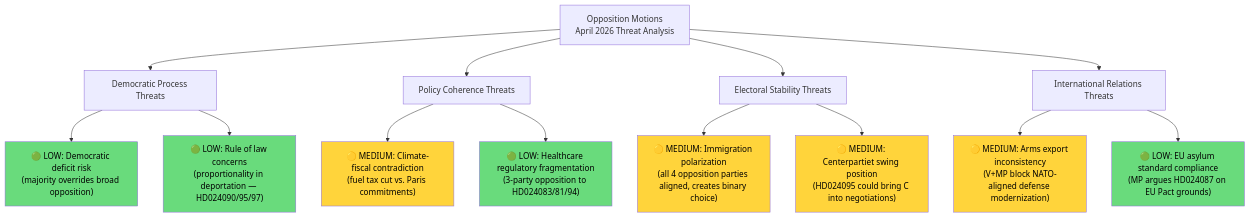
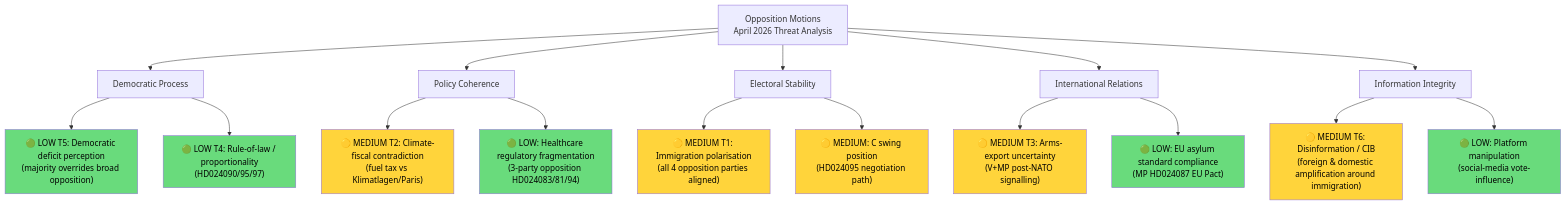
The first of 2 diagrams in analysis/daily/2026-04-20/motions/threat-analysis.md (Hack23/riksdagsmonitor), drawn with Mermaid before and after one commit. The commit also changed other lines of this file and 8 other files, not shown here.

````diff
--- a/analysis/daily/2026-04-20/motions/threat-analysis.md
+++ b/analysis/daily/2026-04-20/motions/threat-analysis.md
@@ -21,28 +32,34 @@
 ```mermaid
 graph TD
-    A[Opposition Motions<br/>April 2026 Threat Analysis] --> B[Democratic Process Threats]
-    A --> C[Policy Coherence Threats]
-    A --> D[Electoral Stability Threats]
-    A --> E[International Relations Threats]
+    A[Opposition Motions<br/>April 2026 Threat Analysis] --> B[Democratic Process]
+    A --> C[Policy Coherence]
+    A --> D[Electoral Stability]
+    A --> E[International Relations]
+    A --> F[Information Integrity]
 
-    B --> B1["🟢 LOW: Democratic deficit risk<br/>(majority overrides broad opposition)"]
-    B --> B2["🟢 LOW: Rule of law concerns<br/>(proportionality in deportation — HD024090/95/97)"]
+    B --> B1["🟢 LOW T5: Democratic deficit perception<br/>(majority overrides broad opposition)"]
+    B --> B2["🟢 LOW T4: Rule-of-law / proportionality<br/>(HD024090/95/97)"]
 
-    C --> C1["🟡 MEDIUM: Climate-fiscal contradiction<br/>(fuel tax cut vs. Paris commitments)"]
-    C --> C2["🟢 LOW: Healthcare regulatory fragmentation<br/>(3-party opposition to HD024083/81/94)"]
+    C --> C1["🟡 MEDIUM T2: Climate-fiscal contradiction<br/>(fuel tax vs Klimatlagen/Paris)"]
+    C --> C2["🟢 LOW: Healthcare regulatory fragmentation<br/>(3-party opposition HD024083/81/94)"]
 
-    D --> D1["🟡 MEDIUM: Immigration polarization<br/>(all 4 opposition parties aligned, creates binary choice)"]
-    D --> D2["🟡 MEDIUM: Centerpartiet swing position<br/>(HD024095 could bring C into negotiations)"]
+    D --> D1["🟡 MEDIUM T1: Immigration polarisation<br/>(all 4 opposition parties aligned)"]
+    D --> D2["🟡 MEDIUM: C swing position<br/>(HD024095 negotiation path)"]
 
-    E --> E1["🟡 MEDIUM: Arms export inconsistency<br/>(V+MP block NATO-aligned defense modernization)"]
-    E --> E2["🟢 LOW: EU asylum standard compliance<br/>(MP argues HD024087 on EU Pact grounds)"]
+    E --> E1["🟡 MEDIUM T3: Arms-export uncertainty<br/>(V+MP post-NATO signalling)"]
+    E --> E2["🟢 LOW: EU asylum standard compliance<br/>(MP HD024087 EU Pact)"]
+
+    F --> F1["🟡 MEDIUM T6: Disinformation / CIB<br/>(foreign & domestic amplification around immigration)"]
+    F --> F2["🟢 LOW: Platform manipulation<br/>(social-media vote-influence)"]
 
     style B1 fill:#69db7c,color:#000
     style B2 fill:#69db7c,color:#000
     style C1 fill:#ffd43b,color:#000
     style C2 fill:#69db7c,color:#000
     style D1 fill:#ffd43b,color:#000
     style D2 fill:#ffd43b,color:#000
     style E1 fill:#ffd43b,color:#000
     style E2 fill:#69db7c,color:#000
+    style F1 fill:#ffd43b,color:#000
+    style F2 fill:#69db7c,color:#000
 ```
````
